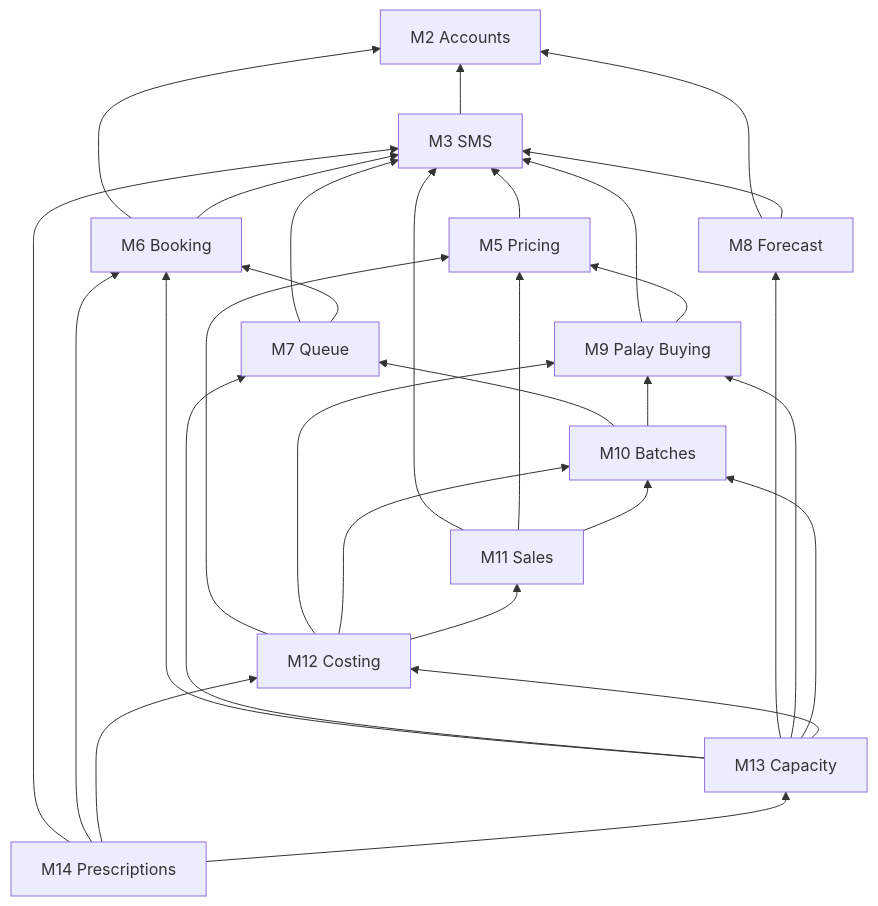
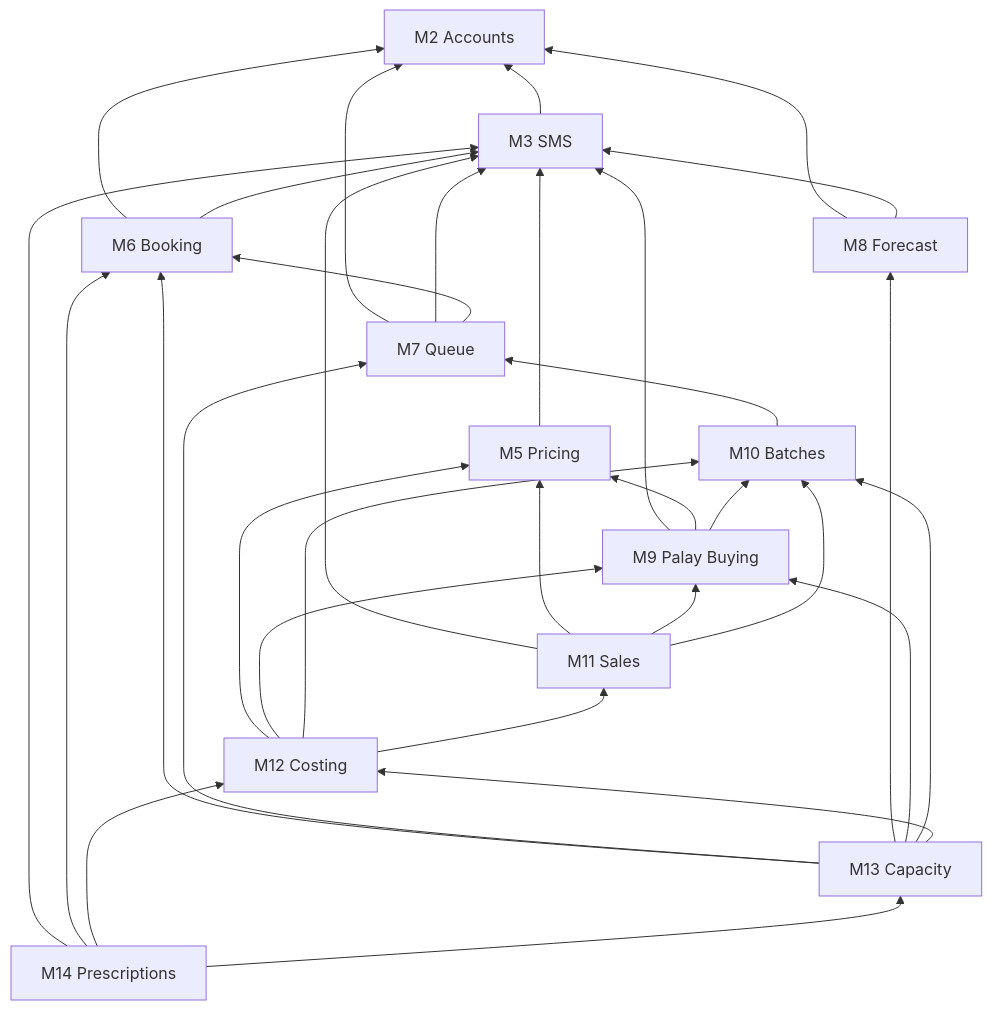
The second of 6 diagrams in TRD.md (andrianllmm/hack-iloilo), drawn with Mermaid before and after one commit. The commit also changed other lines of this file and 1 other file, not shown here.

````diff
--- a/TRD.md
+++ b/TRD.md
@@ -93,14 +95,15 @@
 ```mermaid
 flowchart BT
   M3[M3 SMS] --> M2[M2 Accounts]
   M5[M5 Pricing] --> M3
   M6[M6 Booking] --> M2 & M3
-  M7[M7 Queue] --> M3 & M6
+  M7[M7 Queue] --> M2 & M3 & M6
   M8[M8 Forecast] --> M2 & M3
   M9[M9 Palay Buying] --> M3 & M5
-  M10[M10 Batches] --> M7 & M9
-  M11[M11 Sales] --> M3 & M5 & M10
+  M9[M9 Palay Buying] --> M10
+  M10[M10 Batches] --> M7
+  M11[M11 Sales] --> M3 & M5 & M9 & M10
   M12[M12 Costing] --> M5 & M9 & M10 & M11
   M13[M13 Capacity] --> M6 & M7 & M8 & M9 & M10 & M12
   M14[M14 Prescriptions] --> M3 & M6 & M12 & M13
 ```
````
